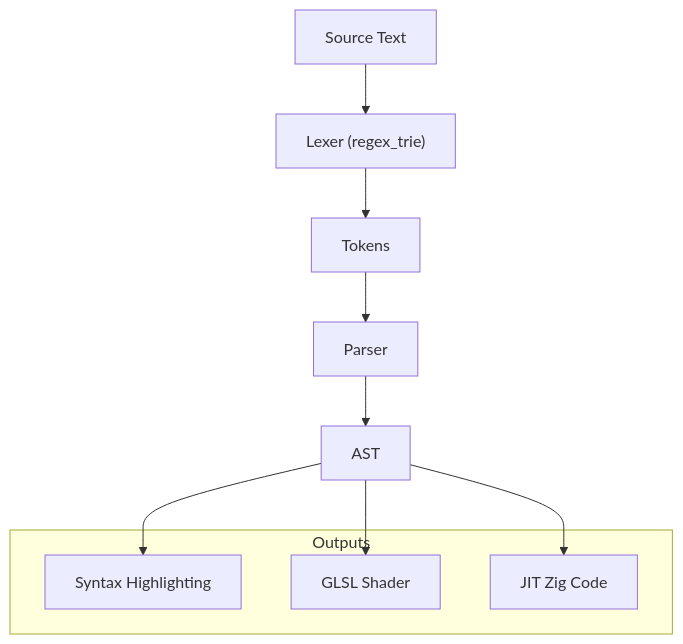
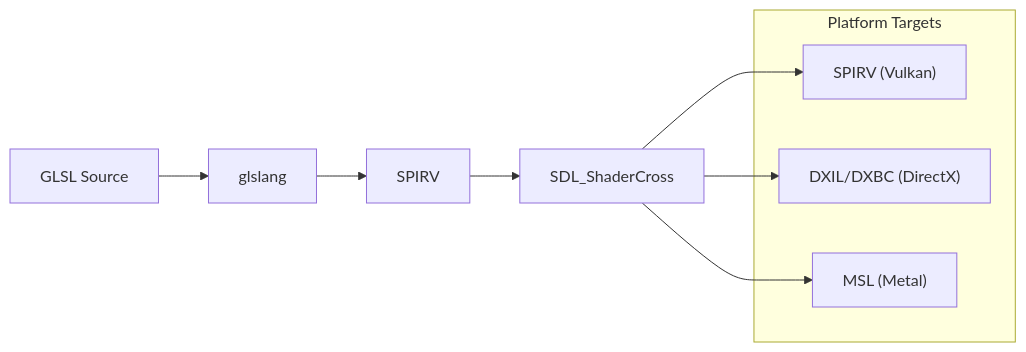
The third of 6 diagrams in project_plan.md (ThobiasKnudsen/Logos), drawn with Mermaid before and after one commit. The commit also changed other lines of this file and 6 other files, not shown here.

````diff
--- a/project_plan.md
+++ b/project_plan.md
@@ -216,19 +220,18 @@
 ```mermaid
-flowchart TB
-    Source["Source Text"]
-    Lexer["Lexer (regex_trie)"]
-    Tokens["Tokens"]
-    Parser["Parser"]
-    AST["AST"]
+flowchart LR
+    GLSL["GLSL Source"]
+    glslang["glslang"]
+    SPIRV["SPIRV"]
+    ShaderCross["SDL_ShaderCross"]
     
-    subgraph outputs [Outputs]
-        Highlight["Syntax Highlighting"]
-        GLSL["GLSL Shader"]
-        JitZig["JIT Zig Code"]
+    subgraph targets [Platform Targets]
+        Vulkan["SPIRV (Vulkan)"]
+        DX["DXIL/DXBC (DirectX)"]
+        Metal["MSL (Metal)"]
     end
     
-    Source --> Lexer --> Tokens --> Parser --> AST
-    AST --> Highlight
-    AST --> GLSL
-    AST --> JitZig
+    GLSL --> glslang --> SPIRV --> ShaderCross
+    ShaderCross --> Vulkan
+    ShaderCross --> DX
+    ShaderCross --> Metal
 ```
````
